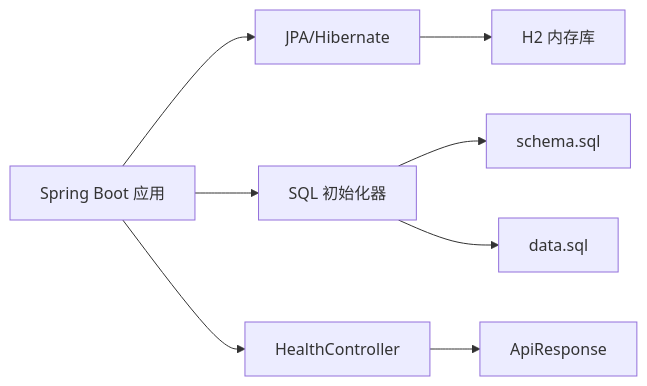
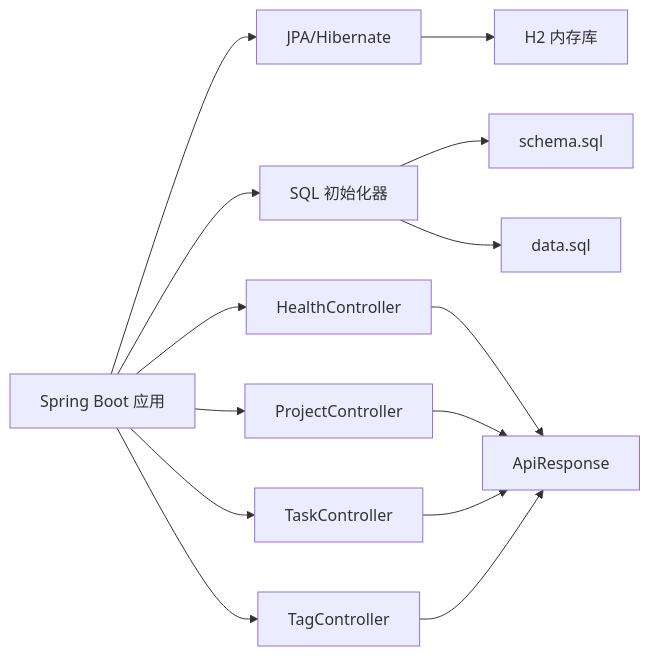
Before and after one commit to zhou9832/test1-qoder: the third of 5 diagrams in .qoder/repowiki/zh/content/数据库设计.md, drawn with Mermaid. The commit also changed other lines of this file and 92 other files, not shown here.

````diff
--- a/.qoder/repowiki/zh/content/数据库设计.md
+++ b/.qoder/repowiki/zh/content/数据库设计.md
@@ -234,10 +322,16 @@
 ```mermaid
 graph LR
 SB["Spring Boot 应用"] --> JPA["JPA/Hibernate"]
 JPA --> H2["H2 内存库"]
 SB --> INIT["SQL 初始化器"]
 INIT --> SCHEMA["schema.sql"]
 INIT --> DATA["data.sql"]
 SB --> HEALTH_API["HealthController"]
+SB --> PROJECT_API["ProjectController"]
+SB --> TASK_API["TaskController"]
+SB --> TAG_API["TagController"]
 HEALTH_API --> RESP["ApiResponse"]
+PROJECT_API --> RESP
+TASK_API --> RESP
+TAG_API --> RESP
 ```
````
